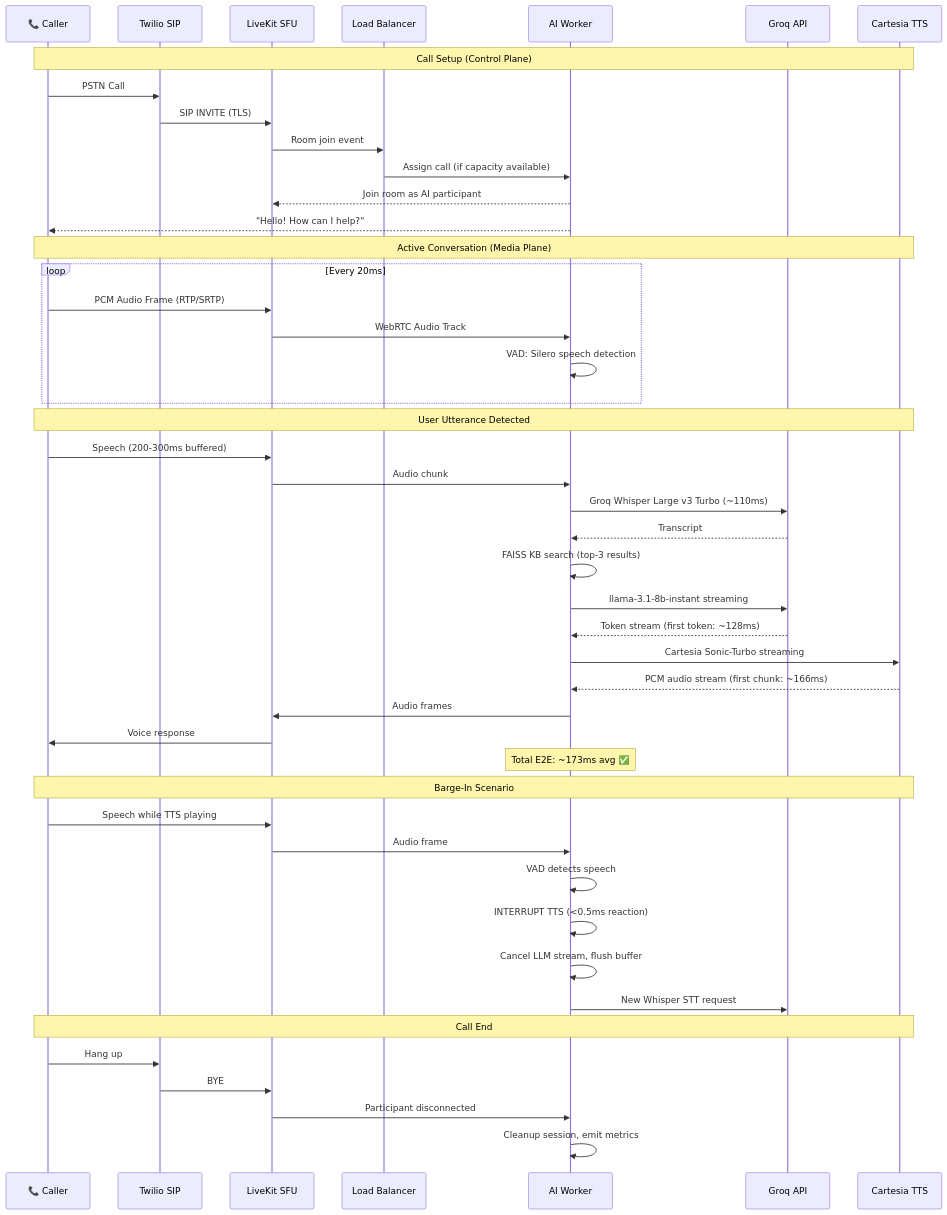
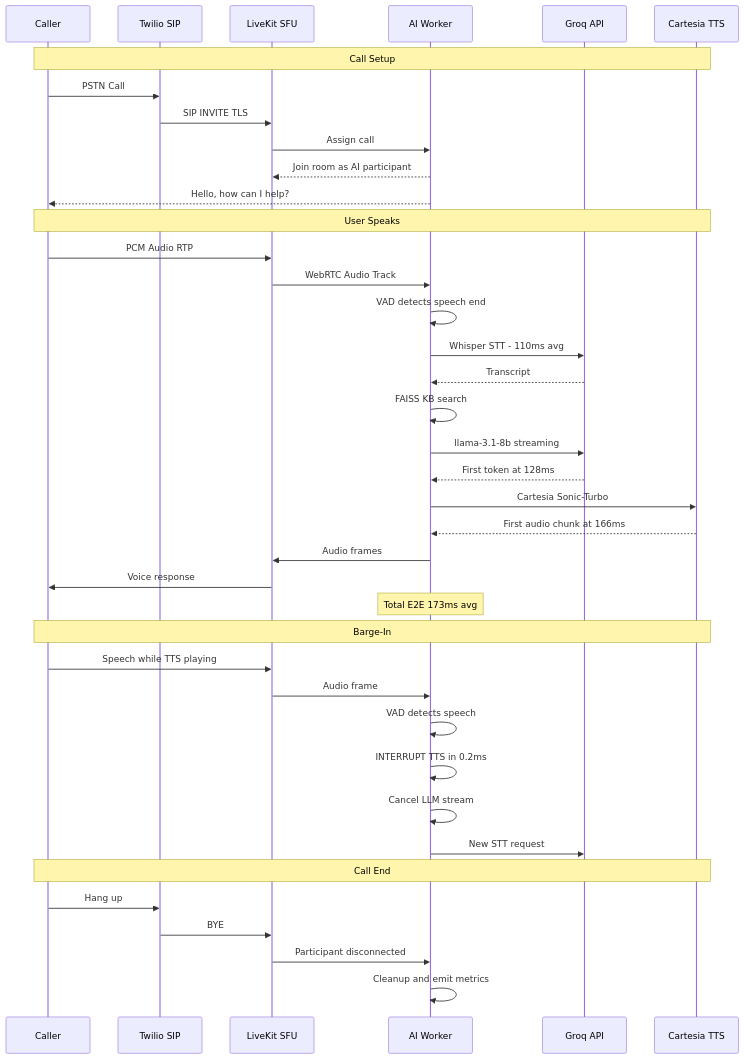
The second of 3 diagrams in architecture-diagrams.md (Dhanpat07/Cozmo-ai), drawn with Mermaid before and after one commit. The commit also changed other lines of this file, not shown here.

````diff
--- a/architecture-diagrams.md
+++ b/architecture-diagrams.md
@@ -62,53 +68,45 @@
 ```mermaid
 sequenceDiagram
-    participant C as 📞 Caller
+    participant C as Caller
     participant TW as Twilio SIP
     participant LK as LiveKit SFU
-    participant LB as Load Balancer
     participant W as AI Worker
     participant G as Groq API
     participant CA as Cartesia TTS
 
-    Note over C,CA: Call Setup (Control Plane)
+    Note over C,CA: Call Setup
     C->>TW: PSTN Call
-    TW->>LK: SIP INVITE (TLS)
-    LK->>LB: Room join event
-    LB->>W: Assign call (if capacity available)
+    TW->>LK: SIP INVITE TLS
+    LK->>W: Assign call
     W-->>LK: Join room as AI participant
-    W-->>C: "Hello! How can I help?"
+    W-->>C: Hello, how can I help?
 
-    Note over C,CA: Active Conversation (Media Plane)
-    loop Every 20ms
-        C->>LK: PCM Audio Frame (RTP/SRTP)
-        LK->>W: WebRTC Audio Track
-        W->>W: VAD: Silero speech detection
-    end
-
-    Note over C,CA: User Utterance Detected
-    C->>LK: Speech (200-300ms buffered)
-    LK->>W: Audio chunk
-    W->>G: Groq Whisper Large v3 Turbo (~110ms)
+    Note over C,CA: User Speaks
+    C->>LK: PCM Audio RTP
+    LK->>W: WebRTC Audio Track
+    W->>W: VAD detects speech end
+    W->>G: Whisper STT - 110ms avg
     G-->>W: Transcript
-    W->>W: FAISS KB search (top-3 results)
-    W->>G: llama-3.1-8b-instant streaming
-    G-->>W: Token stream (first token: ~128ms)
-    W->>CA: Cartesia Sonic-Turbo streaming
-    CA-->>W: PCM audio stream (first chunk: ~166ms)
+    W->>W: FAISS KB search
+    W->>G: llama-3.1-8b streaming
+    G-->>W: First token at 128ms
+    W->>CA: Cartesia Sonic-Turbo
+    CA-->>W: First audio chunk at 166ms
     W->>LK: Audio frames
     LK->>C: Voice response
-    Note over W: Total E2E: ~173ms avg ✅
+    Note over W: Total E2E 173ms avg
 
-    Note over C,CA: Barge-In Scenario
+    Note over C,CA: Barge-In
     C->>LK: Speech while TTS playing
     LK->>W: Audio frame
     W->>W: VAD detects speech
-    W->>W: INTERRUPT TTS (<0.5ms reaction)
-    W->>W: Cancel LLM stream, flush buffer
-    W->>G: New Whisper STT request
+    W->>W: INTERRUPT TTS in 0.2ms
+    W->>W: Cancel LLM stream
+    W->>G: New STT request
 
     Note over C,CA: Call End
     C->>TW: Hang up
     TW->>LK: BYE
     LK->>W: Participant disconnected
-    W->>W: Cleanup session, emit metrics
+    W->>W: Cleanup and emit metrics
 ```
````
